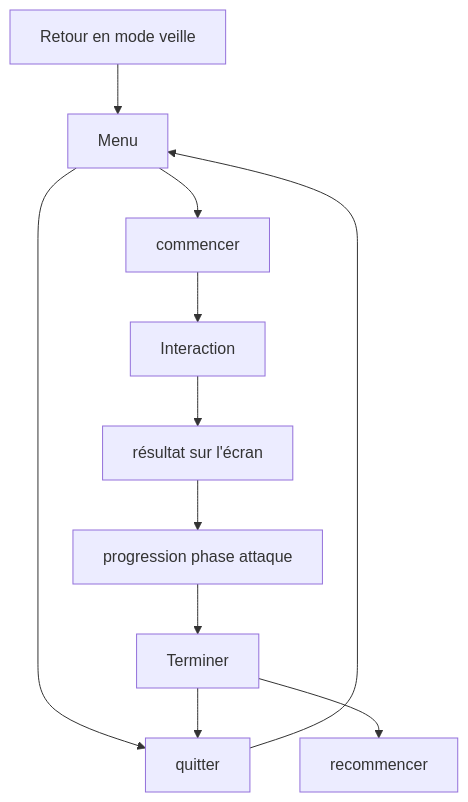
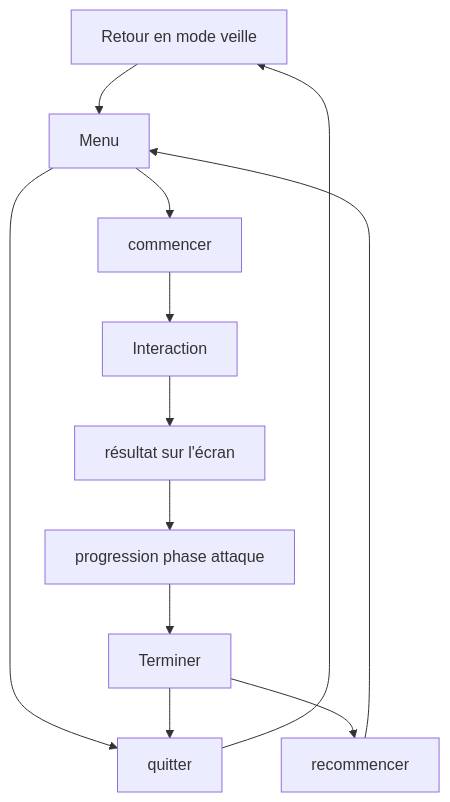
Before and after one commit to Ethereal-Creators/Etheria: the diagram in 20_intention/30_scenario/README.md, drawn with Mermaid.

Commit message:
mermaid update

````diff
--- a/20_intention/30_scenario/README.md
+++ b/20_intention/30_scenario/README.md
@@ -13,13 +13,14 @@
 ```mermaid
 graph TD
     A[Retour en mode veille] --> x[Menu]
     x --> N
     x --> B[veille]
     B[commencer] --> C[Interaction]
     C --> F[résultat sur l'écran]
     F --> M[progression phase attaque]
     M --> U[Terminer]
     U --> H[recommencer]
+    H --> x
     U --> N[quitter]
-    N --> x
+    N --> A
 ```
````
